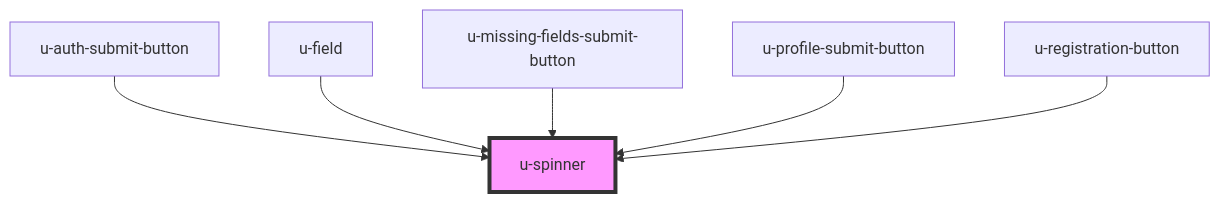
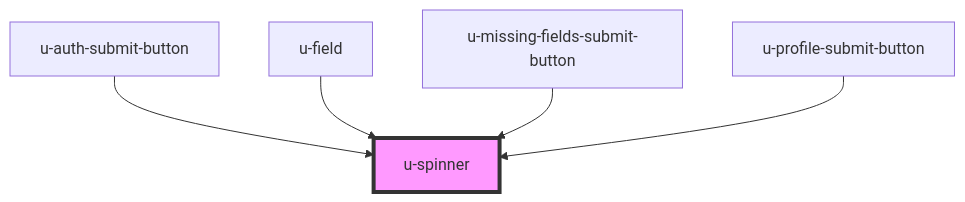
The diagram in packages/sdk/src/shared/components/spinner/readme.md (UnidyID/unidy-sdk), drawn with Mermaid before and after one commit. The commit also changed other lines of this file and 9 other files, not shown here.

````diff
--- a/packages/sdk/src/shared/components/spinner/readme.md
+++ b/packages/sdk/src/shared/components/spinner/readme.md
@@ -92,9 +91,8 @@
 ```mermaid
 graph TD;
   u-auth-submit-button --> u-spinner
   u-field --> u-spinner
   u-missing-fields-submit-button --> u-spinner
   u-profile-submit-button --> u-spinner
-  u-registration-button --> u-spinner
   style u-spinner fill:#f9f,stroke:#333,stroke-width:4px
 ```
````
